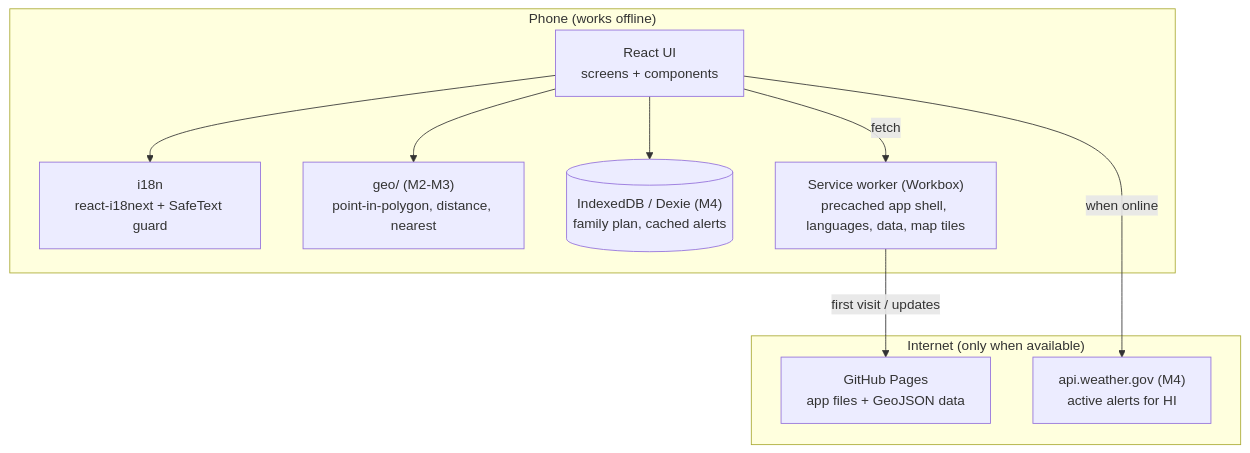
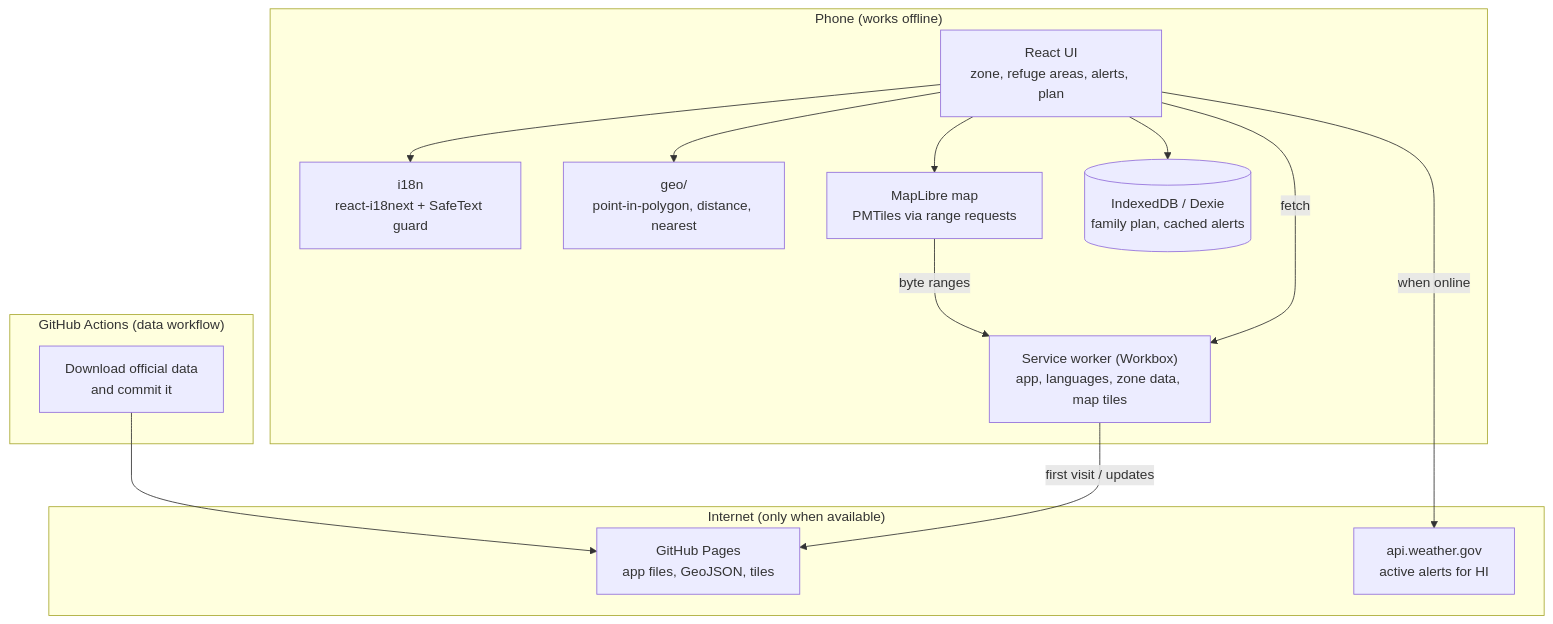
Before and after one commit to skylorchan/kokua: the diagram in README.md, drawn with Mermaid. The commit also changed other lines of this file and 39 other files, not shown here.

````diff
--- a/README.md
+++ b/README.md
@@ -42,21 +67,28 @@
 ```mermaid
 flowchart TD
   subgraph Device["Phone (works offline)"]
-    UI["React UI<br/>screens + components"]
+    UI["React UI<br/>zone, refuge areas, alerts, plan"]
     I18N["i18n<br/>react-i18next + SafeText guard"]
-    GEO["geo/ (M2-M3)<br/>point-in-polygon, distance, nearest"]
-    DB[("IndexedDB / Dexie (M4)<br/>family plan, cached alerts")]
-    SW["Service worker (Workbox)<br/>precached app shell, languages, data, map tiles"]
+    GEO["geo/<br/>point-in-polygon, distance, nearest"]
+    MAP["MapLibre map<br/>PMTiles via range requests"]
+    DB[("IndexedDB / Dexie<br/>family plan, cached alerts")]
+    SW["Service worker (Workbox)<br/>app, languages, zone data, map tiles"]
   end
   subgraph Internet["Internet (only when available)"]
-    PAGES["GitHub Pages<br/>app files + GeoJSON data"]
-    NWS["api.weather.gov (M4)<br/>active alerts for HI"]
+    PAGES["GitHub Pages<br/>app files, GeoJSON, tiles"]
+    NWS["api.weather.gov<br/>active alerts for HI"]
+  end
+  subgraph CI["GitHub Actions (data workflow)"]
+    FETCH["Download official data<br/>and commit it"]
   end
 
   UI --> I18N
   UI --> GEO
+  UI --> MAP
   UI --> DB
   UI -- "fetch" --> SW
+  MAP -- "byte ranges" --> SW
   SW -- "first visit / updates" --> PAGES
   UI -- "when online" --> NWS
+  FETCH --> PAGES
 ```
````
